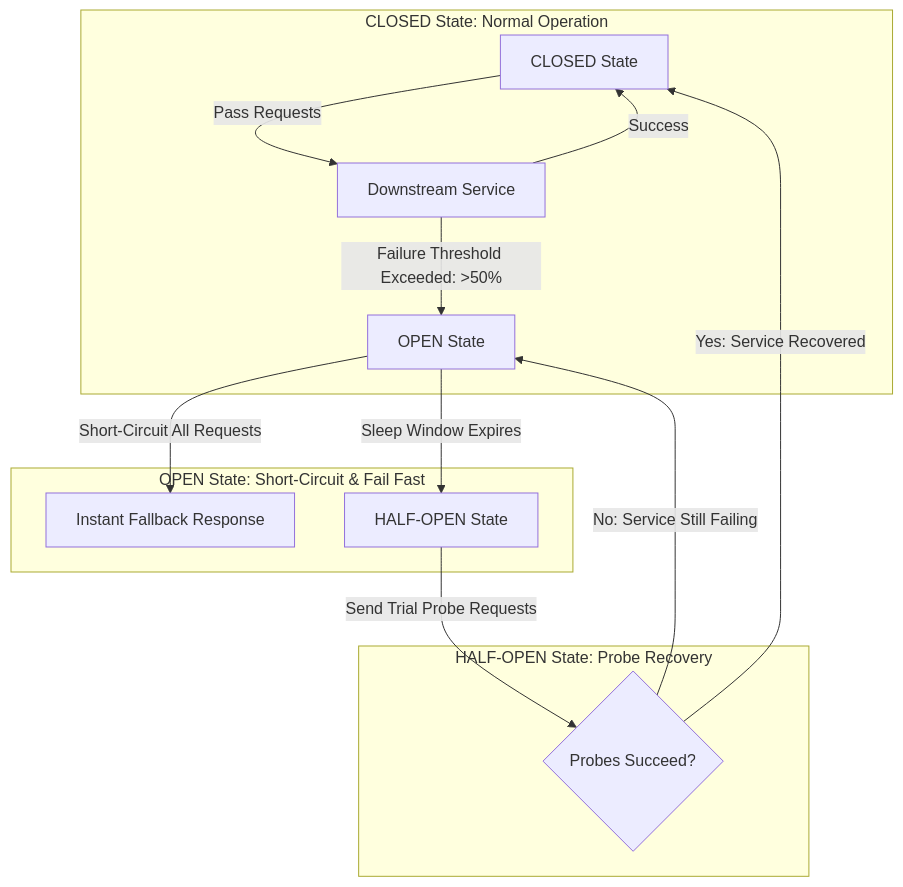
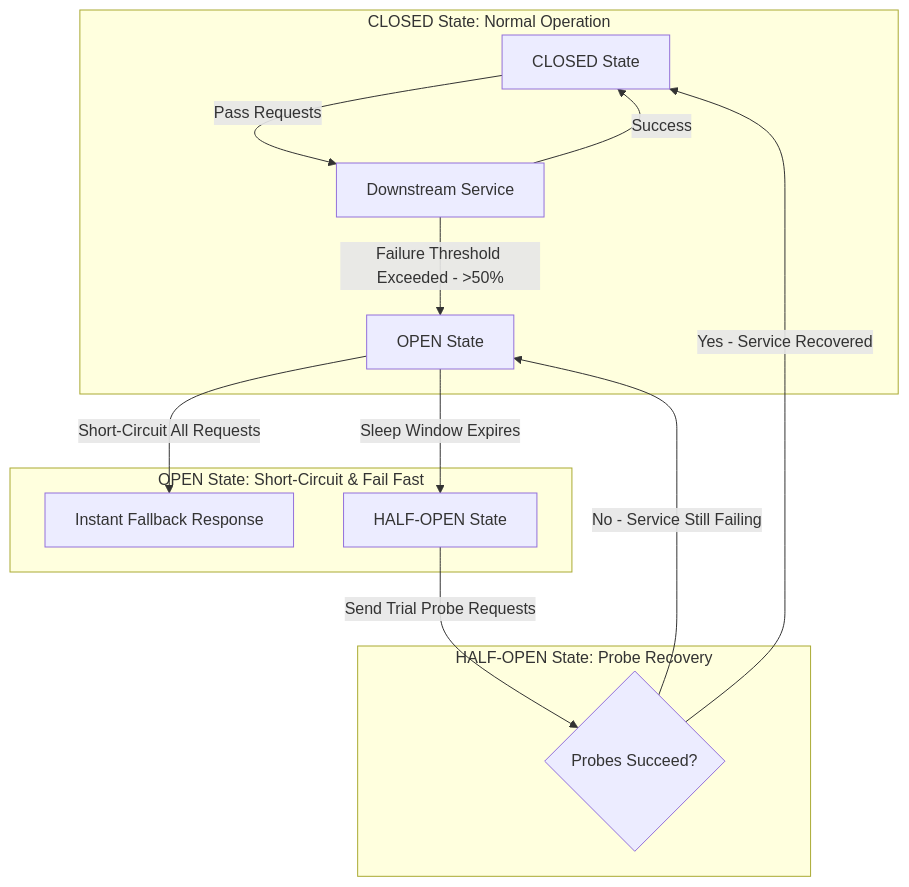
The diagram in blog/posts/distributed-rate-limiting-resilience-circuit-breakers.md (akmalkhaniub/akmalkhaniub.github.io), drawn with Mermaid before and after one commit. The commit also changed 411 other files, not shown here.

````diff
--- a/blog/posts/distributed-rate-limiting-resilience-circuit-breakers.md
+++ b/blog/posts/distributed-rate-limiting-resilience-circuit-breakers.md
@@ -17,19 +17,19 @@
 ```mermaid
-graph TD
+flowchart TD
   subgraph SG1_ClosedStateNormal ["CLOSED State: Normal Operation"]
     A[CLOSED State] -->|Pass Requests| B[Downstream Service]
     B -->|Success| A
-    B -->|Failure Threshold Exceeded: >50%| C[OPEN State]
+    B -->|Failure Threshold Exceeded - >50%| C[OPEN State]
   end
   
   subgraph SG2_OpenStateShort ["OPEN State: Short-Circuit & Fail Fast"]
     C -->|Short-Circuit All Requests| D[Instant Fallback Response]
     C -->|Sleep Window Expires| E[HALF-OPEN State]
   end
   
   subgraph SG3_HalfOpenState ["HALF-OPEN State: Probe Recovery"]
     E -->|Send Trial Probe Requests| F{Probes Succeed?}
-    F -->|Yes: Service Recovered| A
-    F -->|No: Service Still Failing| C
+    F -->|Yes - Service Recovered| A
+    F -->|No - Service Still Failing| C
   end
 ```
````
